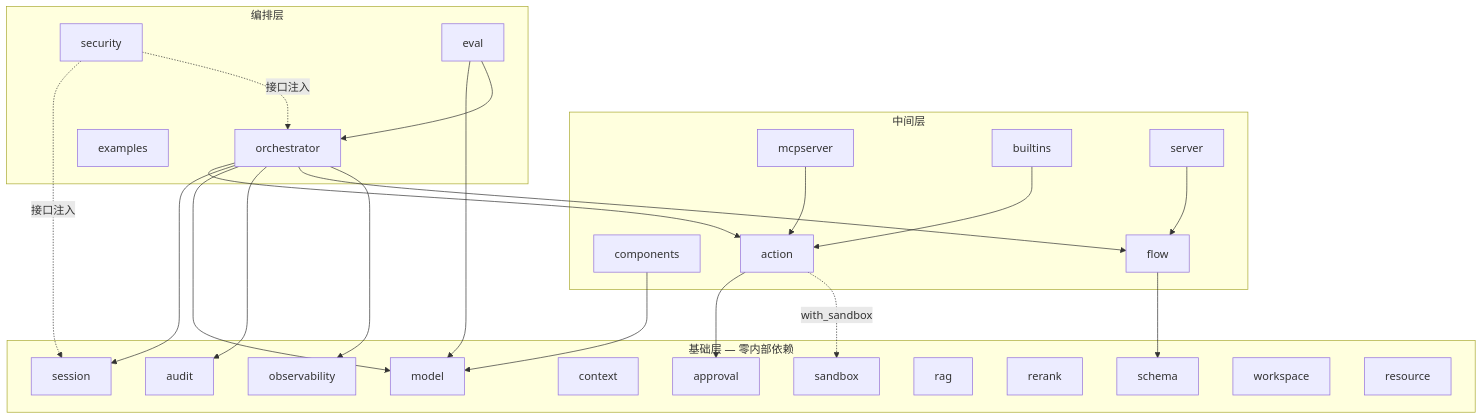
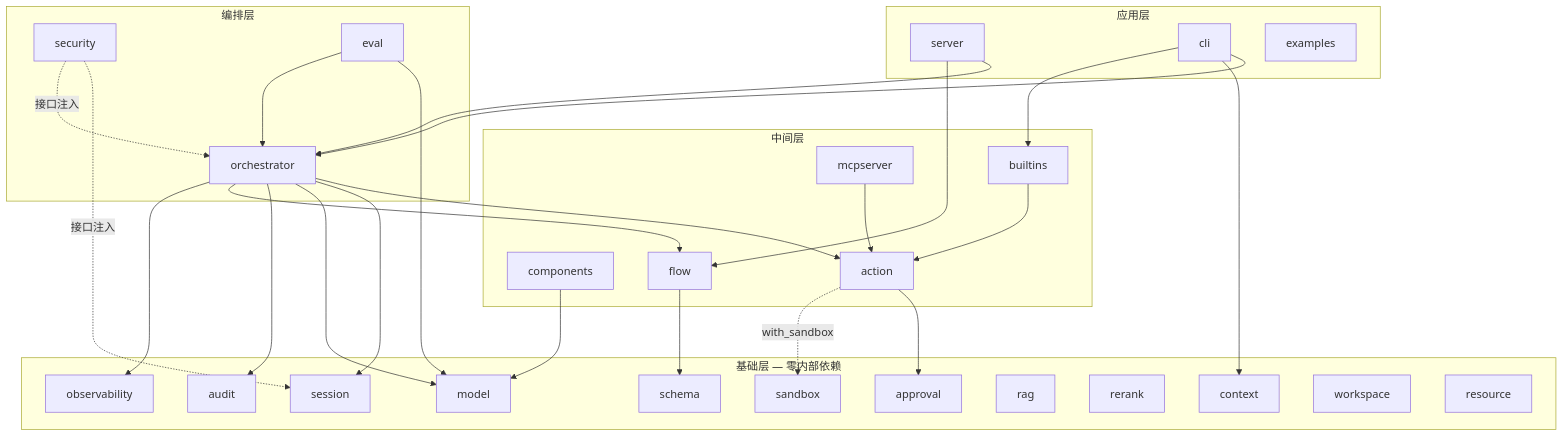
Before and after one commit to drscrewdriver/inferglow: the second of 2 diagrams in README.md, drawn with Mermaid. The commit also changed other lines of this file and 17 other files, not shown here.

First line of the commit message:
docs: 修正架构图 server 分层归属，归档已完成 spec

````diff
--- a/README.md
+++ b/README.md
@@ -375,52 +397,61 @@
 ```mermaid
 graph TD
     subgraph foundation["基础层 — 零内部依赖"]
         MODEL["model"]
         SCHEMA["schema"]
         SESS["session"]
         SANDBOX["sandbox"]
         CTX["context"]
         AUDIT["audit"]
         APPROVAL["approval"]
         RAG["rag"]
         RERANK["rerank"]
         OBS["observability"]
         WS["workspace"]
         RESOURCE["resource"]
     end
 
     subgraph mid["中间层"]
         COMP["components"]
         FLOW["flow"]
         ACT["action"]
         MCPSERVER["mcpserver"]
         BUILTINS["builtins"]
-        SERVER["server"]
 
         COMP --> MODEL
         FLOW --> SCHEMA
         ACT --> APPROVAL
         ACT -.->|"with_sandbox"| SANDBOX
         MCPSERVER --> ACT
         BUILTINS --> ACT
-        SERVER --> FLOW
     end
 
     subgraph orch["编排层"]
         ORCH["orchestrator"]
         SECURITY["security"]
         EVAL["eval"]
-        EXAMPLES["examples"]
 
         ORCH --> ACT
         ORCH --> SESS
         ORCH --> MODEL
         ORCH --> AUDIT
         ORCH --> FLOW
         ORCH --> OBS
         SECURITY -.->|"接口注入"| SESS
         SECURITY -.->|"接口注入"| ORCH
         EVAL --> MODEL
         EVAL --> ORCH
     end
+
+    subgraph app["应用层"]
+        SERVER["server"]
+        CLI["cli"]
+        EXAMPLES["examples"]
+
+        SERVER --> ORCH
+        SERVER --> FLOW
+        CLI --> ORCH
+        CLI --> CTX
+        CLI --> BUILTINS
+    end
 ```
````
